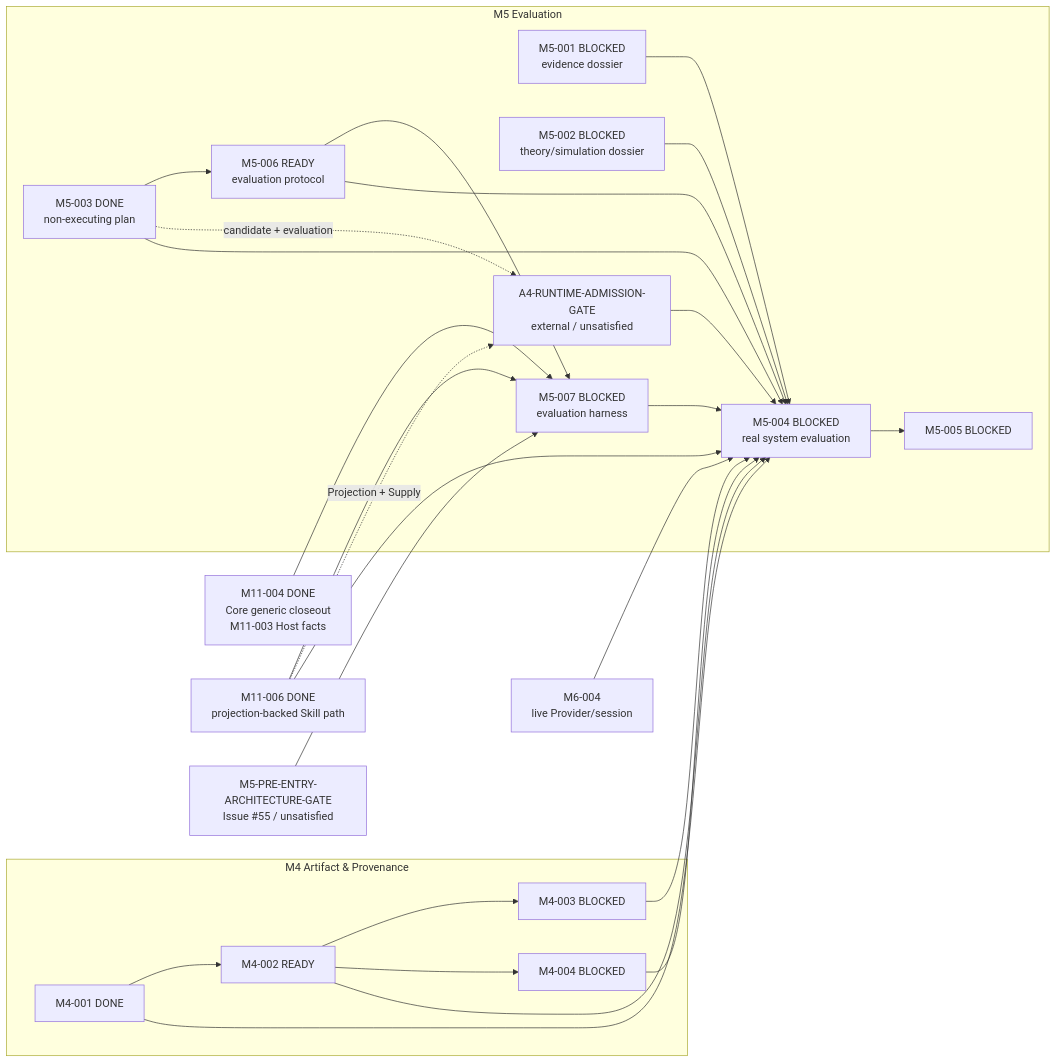
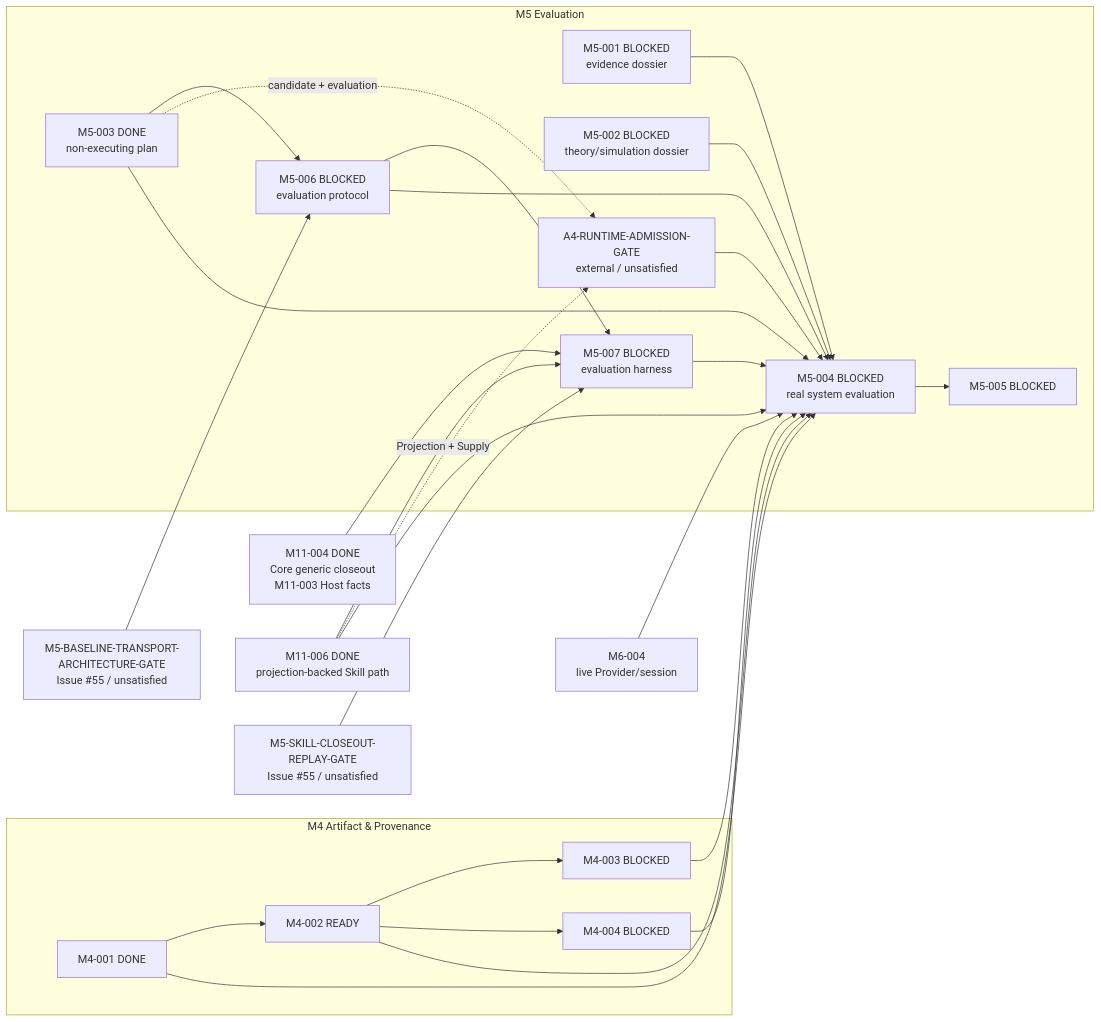
The third of 4 diagrams in docs/M_SERIES_IMPLEMENTATION_MAP.md (Chengyue-Lu/research-agent-workbench), drawn with Mermaid before and after one commit. The commit also changed other lines of this file and 5 other files, not shown here.

Commit message:
docs(m5): split pre-entry architecture gates

````diff
--- a/docs/M_SERIES_IMPLEMENTATION_MAP.md
+++ b/docs/M_SERIES_IMPLEMENTATION_MAP.md
@@ -92,32 +92,33 @@
 ```mermaid
 flowchart LR
     subgraph M4["M4 Artifact & Provenance"]
         M4001["M4-001 DONE"] --> M4002["M4-002 READY"]
         M4002 --> M4003["M4-003 BLOCKED"]
         M4002 --> M4004["M4-004 BLOCKED"]
     end
 
     subgraph M5["M5 Evaluation"]
         M5001["M5-001 BLOCKED<br/>evidence dossier"] --> M5004["M5-004 BLOCKED<br/>real system evaluation"]
         M5002["M5-002 BLOCKED<br/>theory/simulation dossier"] --> M5004
-        M5003["M5-003 DONE<br/>non-executing plan"] --> M5006["M5-006 READY<br/>evaluation protocol"]
+        M5003["M5-003 DONE<br/>non-executing plan"] --> M5006["M5-006 BLOCKED<br/>evaluation protocol"]
         M5006 --> M5007["M5-007 BLOCKED<br/>evaluation harness"]
         M5003 -. "candidate + evaluation" .-> A4G["A4-RUNTIME-ADMISSION-GATE<br/>external / unsatisfied"]
         A4G --> M5004
         M5003 --> M5004
         M5006 --> M5004
         M5007 --> M5004
         M5004 --> M5005["M5-005 BLOCKED"]
     end
 
     M4001 --> M5004
     M4002 --> M5004
     M4003 --> M5004
     M4004 --> M5004
+    BTG["M5-BASELINE-TRANSPORT-ARCHITECTURE-GATE<br/>Issue #55 / unsatisfied"] --> M5006
     M1104["M11-004 DONE<br/>Core generic closeout<br/>M11-003 Host facts"] --> M5007
     M1106["M11-006 DONE<br/>projection-backed Skill path"] --> M5007
-    PREG["M5-PRE-ENTRY-ARCHITECTURE-GATE<br/>Issue #55 / unsatisfied"] --> M5007
+    SCG["M5-SKILL-CLOSEOUT-REPLAY-GATE<br/>Issue #55 / unsatisfied"] --> M5007
     M1106 -. "Projection + Supply" .-> A4G
     M1106 --> M5004
     M6004["M6-004<br/>live Provider/session"] --> M5004
 ```
````
